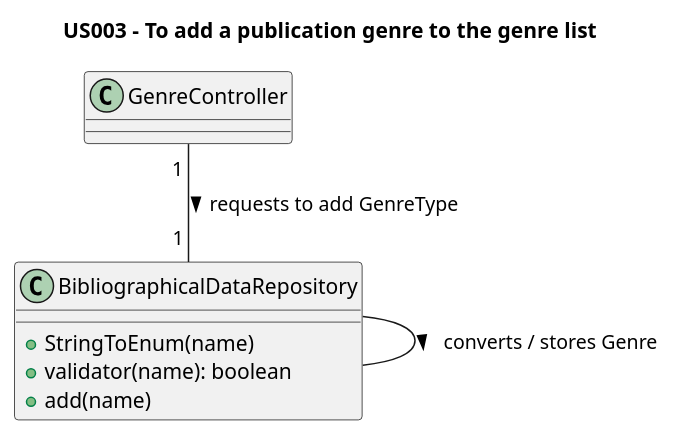
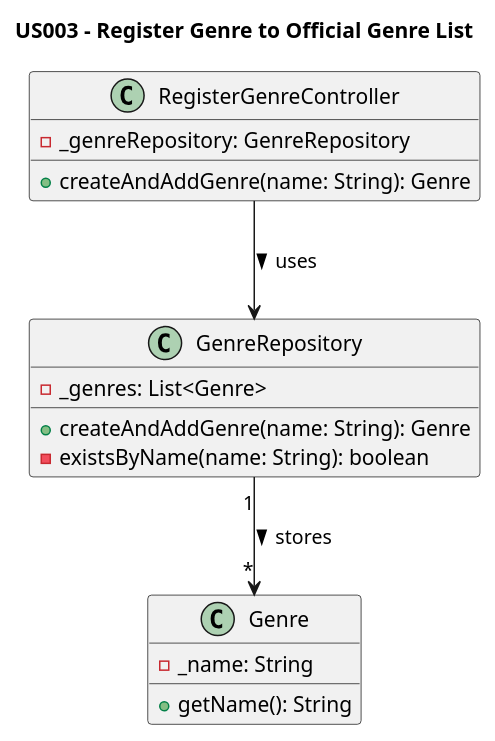
One commit to AndrePereiraGitH/SWitCH-Project-Team_A changed the diagram in Diagrams/ClassDiagrams/US003 - To add a publication genre to the genre list.puml. Above: the diagram before and after it, drawn with PlantUML. The commit also changed 7 other files, not shown here.

Commit message:
Working on #81, #80, #79, #78. Created Class and sequence diagrams for US003 and US005

```diff
--- a/Diagrams/ClassDiagrams/US003 - To add a publication genre to the genre list.puml
+++ b/Diagrams/ClassDiagrams/US003 - To add a publication genre to the genre list.puml
@@ -1,19 +1,23 @@
 @startuml
-title US003 - To add a publication genre to the genre list
+title US003 - Register Genre to Official Genre List
 
-class GenreController {
+class RegisterGenreController {
+  -_genreRepository: GenreRepository
+  +createAndAddGenre(name: String): Genre
 }
 
-class BibliographicalDataRepository {
-  +StringToEnum(name)
-  +validator(name): boolean
-  +add(name)
-
+class GenreRepository {
+  -_genres: List<Genre>
+  +createAndAddGenre(name: String): Genre
+  -existsByName(name: String): boolean
 }
 
-' Interactions
+class Genre {
+  -_name: String
+  +getName(): String
+}
 
-GenreController "1 " -- "1 " BibliographicalDataRepository : requests to add GenreType >
-BibliographicalDataRepository  --  BibliographicalDataRepository : converts / stores Genre >
+RegisterGenreController --> GenreRepository : uses >
+GenreRepository "1" --> "*" Genre : stores >
 
 @enduml
```
